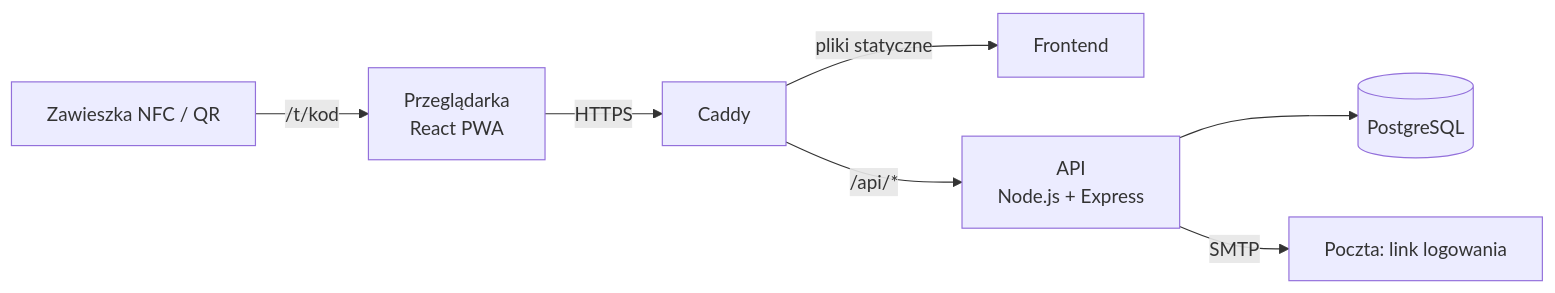
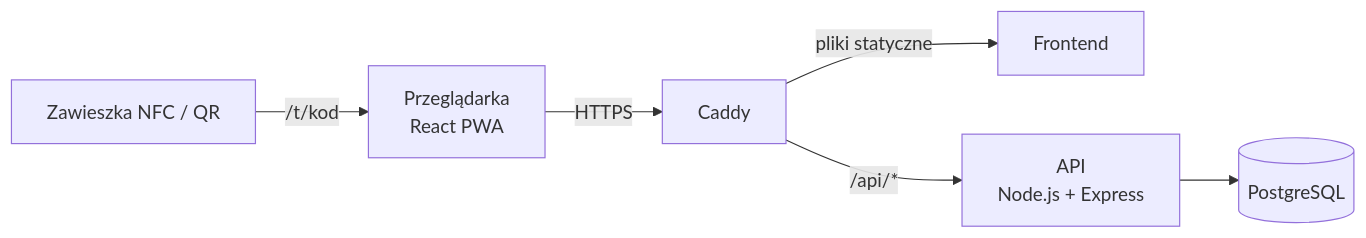
One commit to FullC0ntrol/PeTracker-FinalVersion changed the second of 2 diagrams in README.md. Above: the diagram before and after it, drawn with Mermaid. The commit also changed other lines of this file and 20 other files, not shown here.

````diff
--- a/README.md
+++ b/README.md
@@ -80,9 +77,8 @@
 ```mermaid
 flowchart LR
   T[Zawieszka NFC / QR] -->|/t/kod| B[Przeglądarka<br/>React PWA]
   B -->|HTTPS| C[Caddy]
   C -->|pliki statyczne| F[Frontend]
   C -->|/api/*| A[API<br/>Node.js + Express]
   A --> D[(PostgreSQL)]
-  A -->|SMTP| M[Poczta: link logowania]
 ```
````
